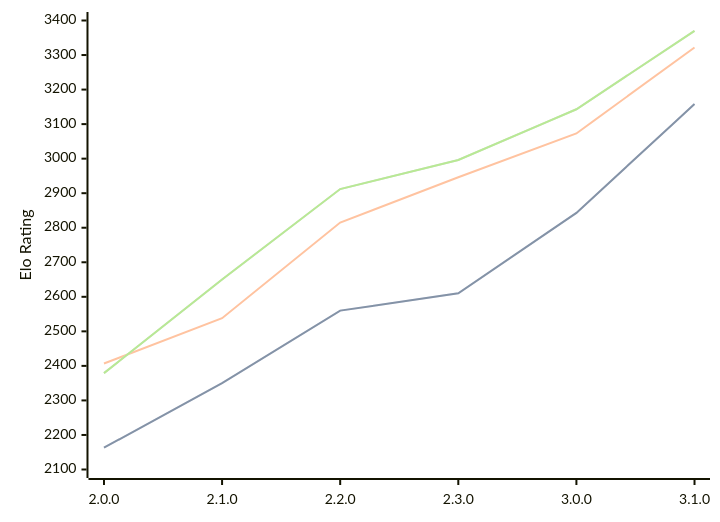
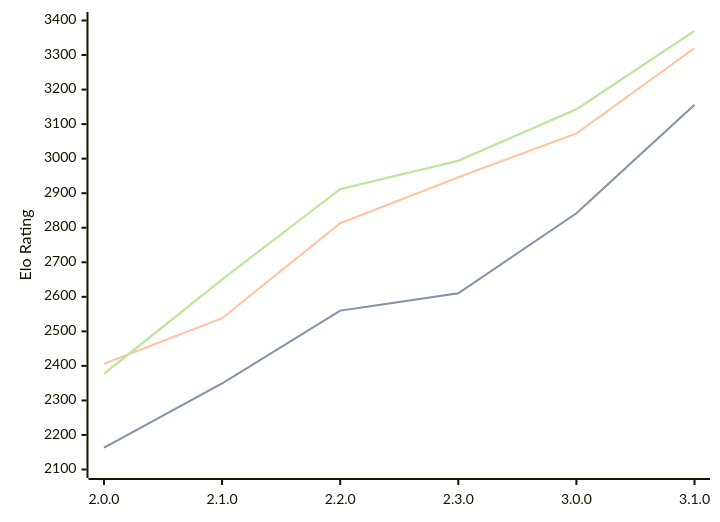
One commit to computer-chess-index/cci changed the diagram in engines/Raphael.md. Above: the diagram before and after it, drawn with Mermaid. The commit also changed other lines of this file, not shown here.

Commit message:
Update CCI Ratings (ELO VLTC) - 2026-03-16

````diff
--- a/engines/Raphael.md
+++ b/engines/Raphael.md
@@ -46,11 +46,11 @@
 ```mermaid
 %%{init: {"theme":"base","themeVariables":{"seriesColors:['#a3a3a3','#222221','#faa371']}}}%%
 xychart-beta
   x-axis ["2.0.0", "2.1.0", "2.2.0", "2.3.0", "3.0.0", "3.1.0"]
   y-axis "Elo Rating" 2100 --> 3400
-  line "STC (8.0+0.08s)" [2163, 2350, 2560, 2610, 2843, 3158]
-  line "STC (8.0+0.08s)" [2163, 2350, 2560, 2610, 2843, 3158]
-  line "LTC (60.0+0.60s)" [2407, 2538, 2815, 2946, 3073, 3322]
-  line "VLTC (2m24s+1.12s)" [2379, 2650, 2912, 2996, 3143, 3370]
-  line "VLTC (2m24s+1.12s)" [2379, 2650, 2912, 2996, 3143, 3370]
+  line "STC (8.0+0.08s)" [2163, 2349, 2560, 2610, 2842, 3156]
+  line "STC (8.0+0.08s)" [2163, 2349, 2560, 2610, 2842, 3156]
+  line "LTC (60.0+0.60s)" [2406, 2538, 2813, 2946, 3073, 3320]
+  line "VLTC (2m24s+1.12s)" [2377, 2650, 2912, 2994, 3143, 3370]
+  line "VLTC (2m24s+1.12s)" [2377, 2650, 2912, 2994, 3143, 3370]
 ```
````
